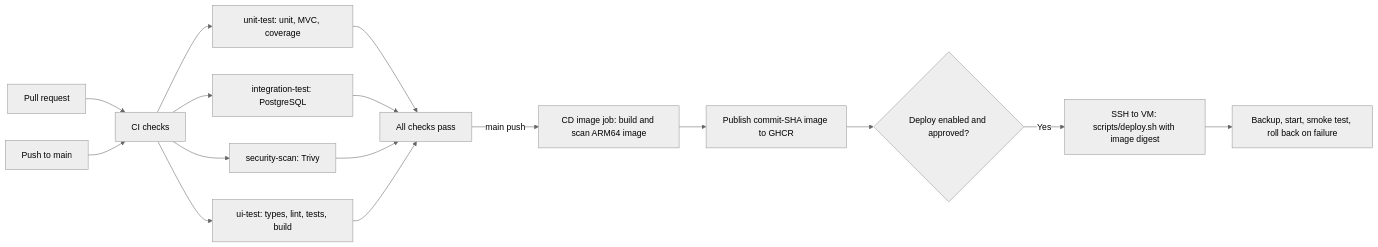
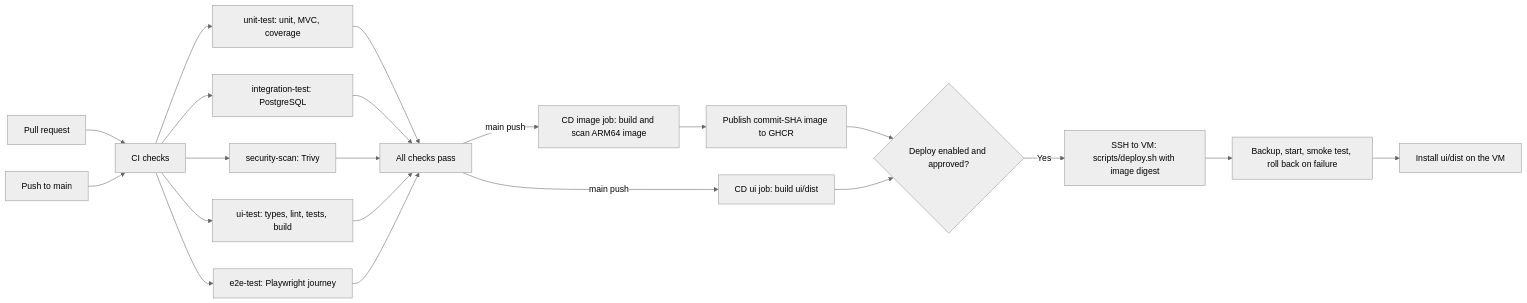
Before and after one commit to kyledelfin2006/libro-library-system: the third of 3 diagrams in README.md, drawn with Mermaid (neutral theme). The commit also changed other lines of this file and 8 other files, not shown here.

````diff
--- a/README.md
+++ b/README.md
@@ -390,18 +399,23 @@
 ```mermaid
 flowchart LR
     PR[Pull request] --> CI[CI checks]
     Main[Push to main] --> CI
     CI --> Test[unit-test: unit, MVC, coverage]
     CI --> Integration[integration-test: PostgreSQL]
     CI --> Security[security-scan: Trivy]
     CI --> UI[ui-test: types, lint, tests, build]
+    CI --> E2E[e2e-test: Playwright journey]
     Test --> Pass[All checks pass]
     Integration --> Pass
     Security --> Pass
     UI --> Pass
+    E2E --> Pass
     Pass -->|main push| Image[CD image job: build and scan ARM64 image]
+    Pass -->|main push| UIBuild[CD ui job: build ui/dist]
     Image --> GHCR[Publish commit-SHA image to GHCR]
     GHCR --> Gate{Deploy enabled and approved?}
+    UIBuild --> Gate
     Gate -->|Yes| Deploy[SSH to VM: scripts/deploy.sh with image digest]
     Deploy --> Smoke[Backup, start, smoke test, roll back on failure]
+    Smoke --> InstallUI[Install ui/dist on the VM]
 ```
````
